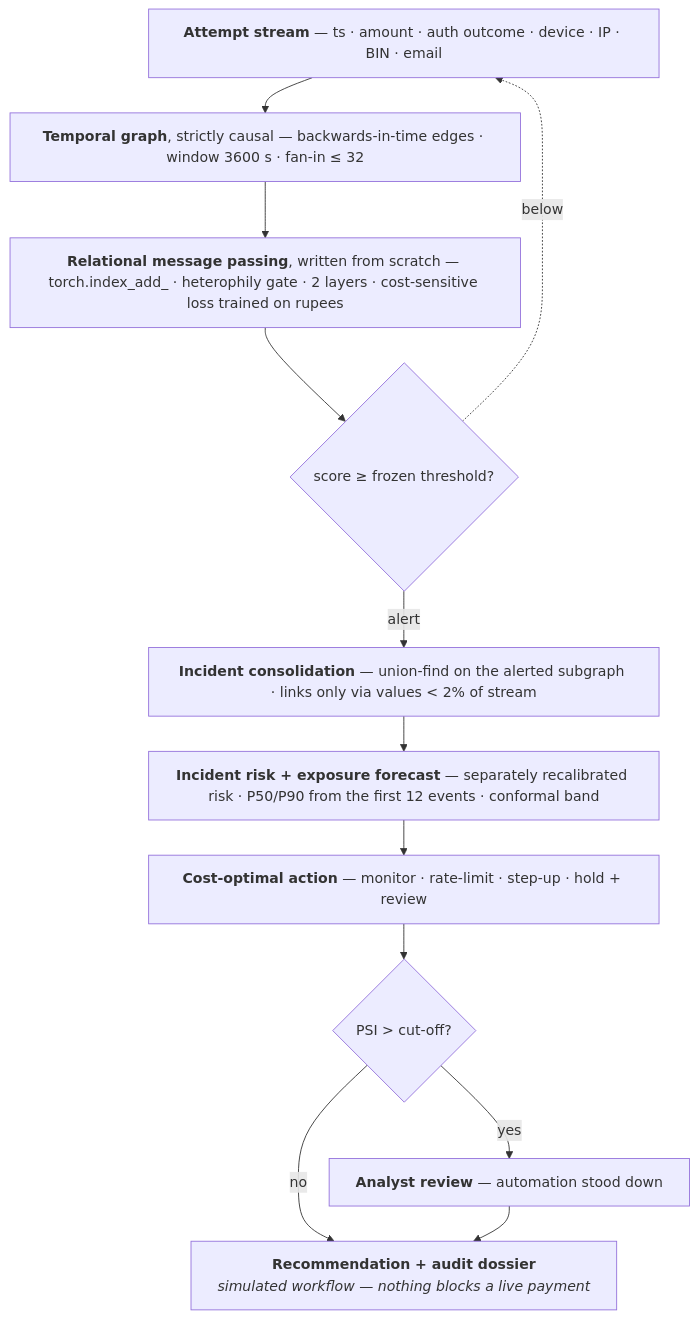
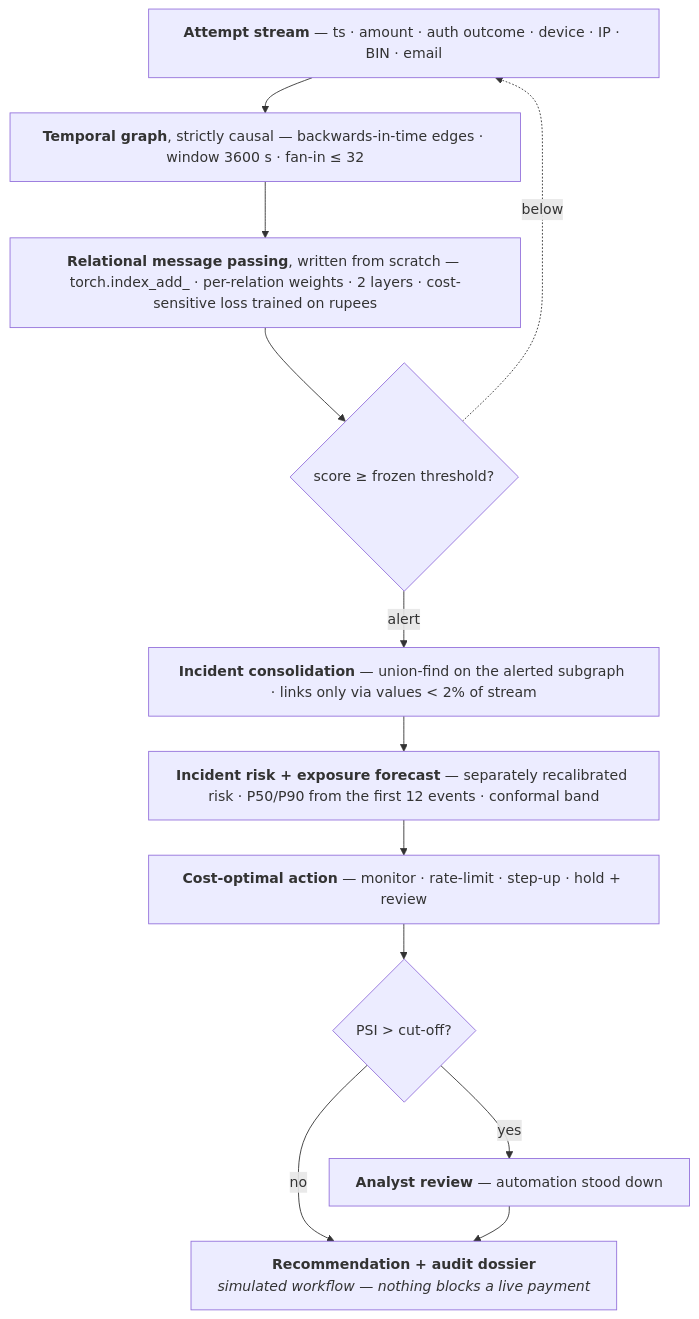
The diagram in README.md (Yashasm18/koronis), drawn with Mermaid before and after one commit. The commit also changed other lines of this file and 11 other files, not shown here.

````diff
--- a/README.md
+++ b/README.md
@@ -136,20 +137,20 @@
 ```mermaid
 %%{init: {"flowchart": {"wrappingWidth": 520, "nodeSpacing": 30, "rankSpacing": 40}}}%%
 flowchart TB
     IN["<b>Attempt stream</b> — ts · amount · auth outcome · device · IP · BIN · email"]
     G["<b>Temporal graph</b>, strictly causal — backwards-in-time edges · window 3600 s · fan-in ≤ 32"]
-    MP["<b>Relational message passing</b>, written from scratch — torch.index_add_ · heterophily gate · 2 layers · cost-sensitive loss trained on rupees"]
+    MP["<b>Relational message passing</b>, written from scratch — torch.index_add_ · per-relation weights · 2 layers · cost-sensitive loss trained on rupees"]
     SC{"score ≥ frozen threshold?"}
     CON["<b>Incident consolidation</b> — union-find on the alerted subgraph · links only via values &lt; 2% of stream"]
     FC["<b>Incident risk + exposure forecast</b> — separately recalibrated risk · P50/P90 from the first 12 events · conformal band"]
     POL["<b>Cost-optimal action</b> — monitor · rate-limit · step-up · hold + review"]
     DRIFT{"PSI > cut-off?"}
     REV["<b>Analyst review</b> — automation stood down"]
     OUT["<b>Recommendation + audit dossier</b><br/><i>simulated workflow — nothing blocks a live payment</i>"]
 
     IN --> G --> MP --> SC
     SC -->|"alert"| CON --> FC --> POL --> DRIFT
     SC -.->|"below"| IN
     DRIFT -->|"no"| OUT
     DRIFT -->|"yes"| REV --> OUT
 ```
````
